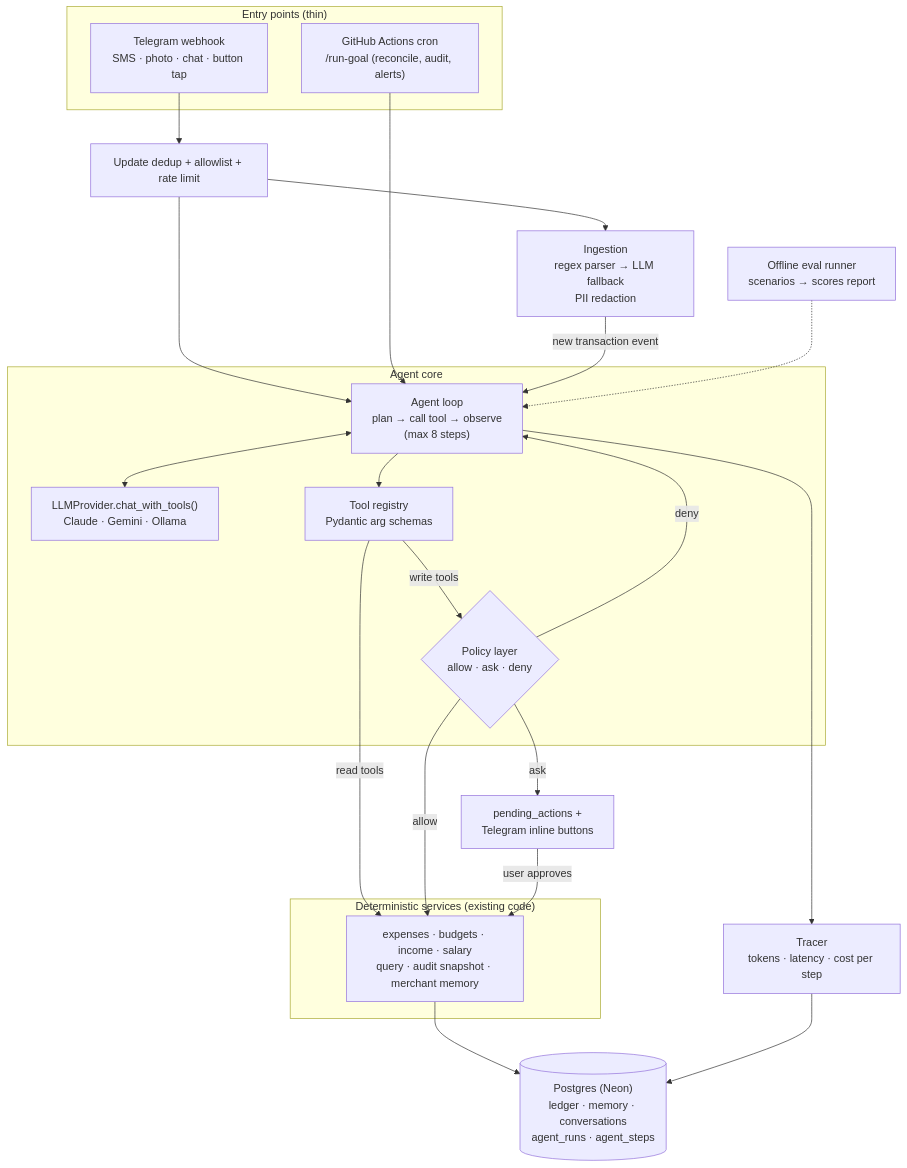
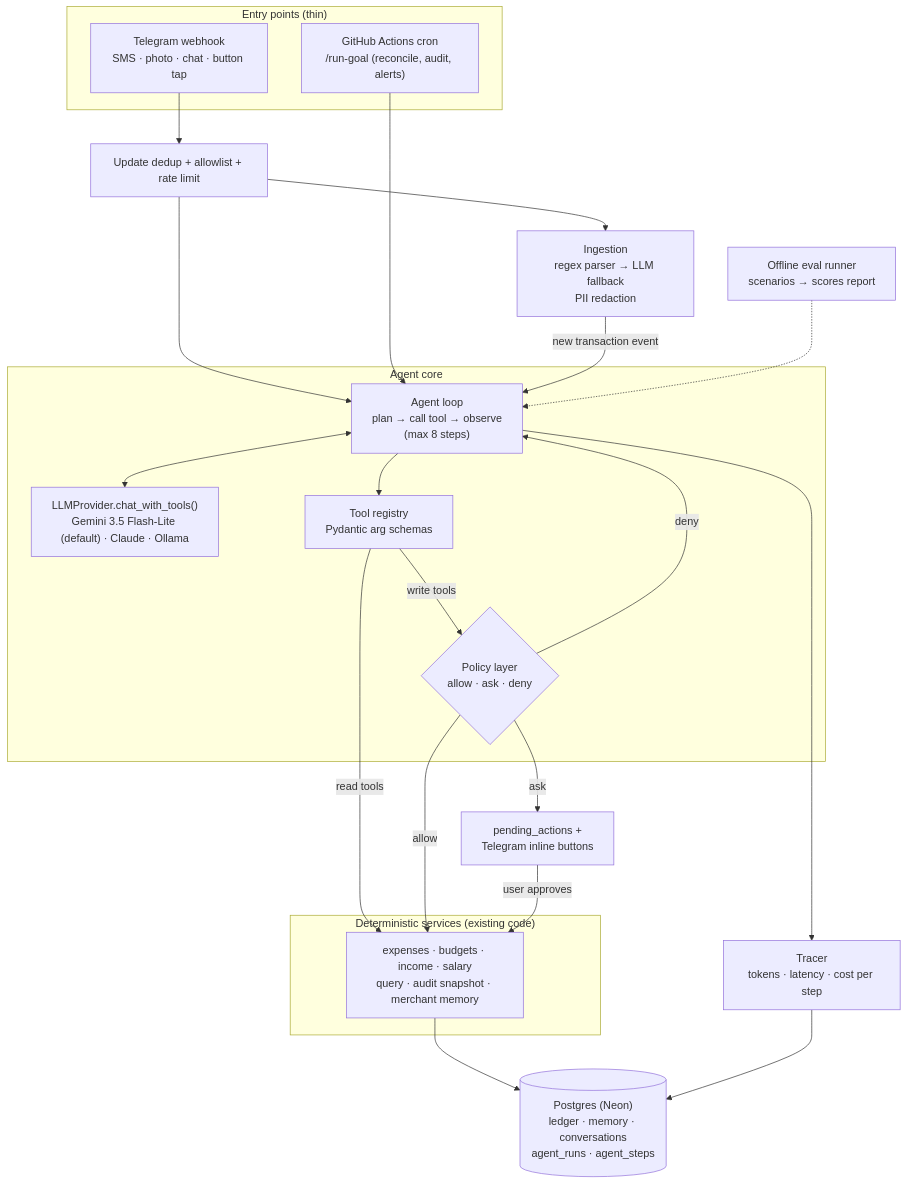
Before and after one commit to mohammedanasfl/PocketAuditor: the first of 2 diagrams in docs/AGENT_DESIGN.md, drawn with Mermaid. The commit also changed other lines of this file and 1 other file, not shown here.

First line of the commit message:
docs: Gemini 3.5 Flash-Lite as default model, simple-code rule, 80/20 savings flow

````diff
--- a/docs/AGENT_DESIGN.md
+++ b/docs/AGENT_DESIGN.md
@@ -38,39 +54,39 @@
 ```mermaid
 flowchart TB
     subgraph Entry["Entry points (thin)"]
         TG["Telegram webhook<br/>SMS · photo · chat · button tap"]
         CRON["GitHub Actions cron<br/>/run-goal (reconcile, audit, alerts)"]
     end
 
     TG --> DEDUP["Update dedup + allowlist + rate limit"]
     DEDUP --> ING["Ingestion<br/>regex parser → LLM fallback<br/>PII redaction"]
     DEDUP --> AG
     CRON --> AG
     ING -->|"new transaction event"| AG
 
     subgraph Core["Agent core"]
         AG["Agent loop<br/>plan → call tool → observe<br/>(max 8 steps)"]
-        LLM["LLMProvider.chat_with_tools()<br/>Claude · Gemini · Ollama"]
+        LLM["LLMProvider.chat_with_tools()<br/>Gemini 3.5 Flash-Lite (default) · Claude · Ollama"]
         REG["Tool registry<br/>Pydantic arg schemas"]
         POL{"Policy layer<br/>allow · ask · deny"}
     end
 
     AG <--> LLM
     AG --> REG
     REG -->|read tools| SVC
     REG -->|write tools| POL
     POL -->|allow| SVC
     POL -->|ask| HITL["pending_actions +<br/>Telegram inline buttons"]
     HITL -->|"user approves"| SVC
     POL -->|deny| AG
 
     subgraph Services["Deterministic services (existing code)"]
         SVC["expenses · budgets · income · salary<br/>query · audit snapshot · merchant memory"]
     end
 
     SVC --> DB[("Postgres (Neon)<br/>ledger · memory · conversations<br/>agent_runs · agent_steps")]
     AG --> TRACE["Tracer<br/>tokens · latency · cost per step"]
     TRACE --> DB
 
     EVAL["Offline eval runner<br/>scenarios → scores report"] -.-> AG
 ```
````
